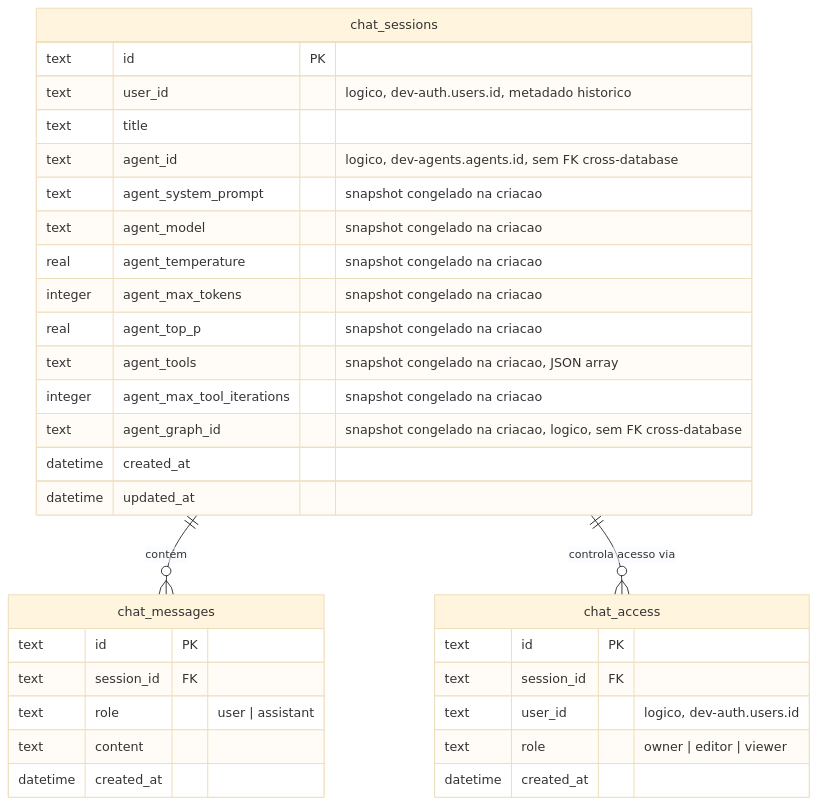
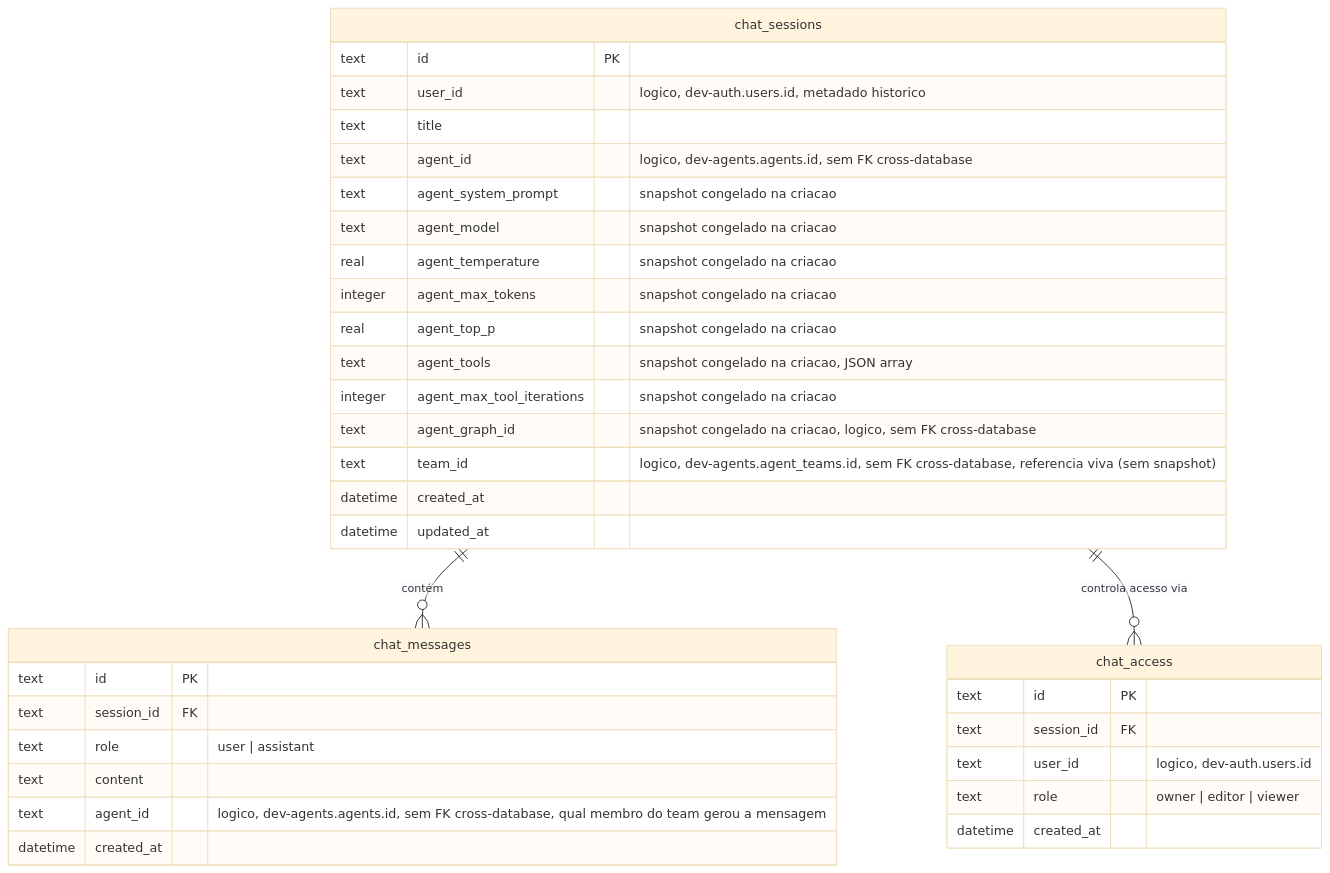
One commit to 0xHackerSpace/wrapper-api changed the fourth of 6 diagrams in docs/database-diagram.md. Above: the diagram before and after it, drawn with Mermaid (base theme). The commit also changed other lines of this file and 5 other files, not shown here.

First line of the commit message:
docs: add ADR 0025 and update project docs for agent teams

````diff
--- a/docs/database-diagram.md
+++ b/docs/database-diagram.md
@@ -157,38 +157,40 @@
 ```mermaid
 erDiagram
     chat_sessions ||--o{ chat_messages : "contém"
     chat_sessions ||--o{ chat_access : "controla acesso via"
 
     chat_sessions {
         text id PK
         text user_id "logico, dev-auth.users.id, metadado historico"
         text title
         text agent_id "logico, dev-agents.agents.id, sem FK cross-database"
         text agent_system_prompt "snapshot congelado na criacao"
         text agent_model "snapshot congelado na criacao"
         real agent_temperature "snapshot congelado na criacao"
         integer agent_max_tokens "snapshot congelado na criacao"
         real agent_top_p "snapshot congelado na criacao"
         text agent_tools "snapshot congelado na criacao, JSON array"
         integer agent_max_tool_iterations "snapshot congelado na criacao"
         text agent_graph_id "snapshot congelado na criacao, logico, sem FK cross-database"
+        text team_id "logico, dev-agents.agent_teams.id, sem FK cross-database, referencia viva (sem snapshot)"
         datetime created_at
         datetime updated_at
     }
 
     chat_messages {
         text id PK
         text session_id FK
         text role "user | assistant"
         text content
+        text agent_id "logico, dev-agents.agents.id, sem FK cross-database, qual membro do team gerou a mensagem"
         datetime created_at
     }
 
     chat_access {
         text id PK
         text session_id FK
         text user_id "logico, dev-auth.users.id"
         text role "owner | editor | viewer"
         datetime created_at
     }
 ```
````
